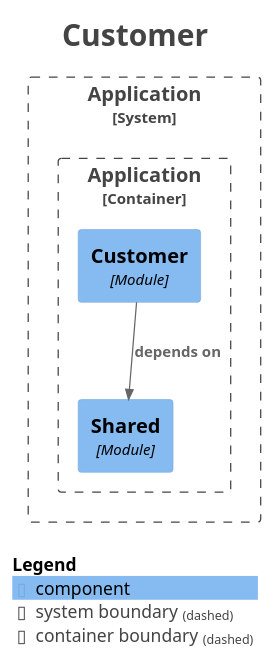
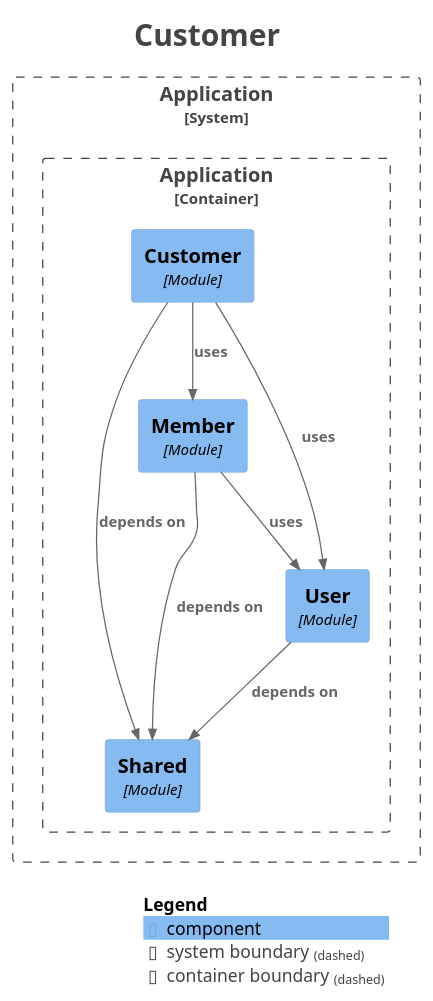
One commit to kanghouchao/Kizuna changed the diagram in backend/docs/modulith/module-customer.puml. Above: the diagram before and after it, drawn with PlantUML. The commit also changed 37 other files, not shown here.

```diff
--- a/backend/docs/modulith/module-customer.puml
+++ b/backend/docs/modulith/module-customer.puml
@@ -1,30 +1,37 @@
 @startuml
 title <size:24>Customer</size>
 
 set separator none
 top to bottom direction
 
 <style>
   root {
     BackgroundColor: #ffffff
     FontColor: #444444
   }
 </style>
 
 !include <C4/C4>
 !include <C4/C4_Context>
 !include <C4/C4_Component>
 
 System_Boundary("Application_boundary", "Application", $tags="") {
   Container_Boundary("Application.Application_boundary", "Application", $tags="") {
+    Component(Application.Application.Customer, "Customer", $techn="Module", $descr="", $tags="", $link="")
     Component(Application.Application.Shared, "Shared", $techn="Module", $descr="", $tags="", $link="")
-    Component(Application.Application.Customer, "Customer", $techn="Module", $descr="", $tags="", $link="")
+    Component(Application.Application.User, "User", $techn="Module", $descr="", $tags="", $link="")
+    Component(Application.Application.Member, "Member", $techn="Module", $descr="", $tags="", $link="")
   }
 
 }
 
+Rel(Application.Application.Member, Application.Application.Shared, "depends on", $techn="", $tags="", $link="")
+Rel(Application.Application.Member, Application.Application.User, "uses", $techn="", $tags="", $link="")
 Rel(Application.Application.Customer, Application.Application.Shared, "depends on", $techn="", $tags="", $link="")
+Rel(Application.Application.Customer, Application.Application.Member, "uses", $techn="", $tags="", $link="")
+Rel(Application.Application.Customer, Application.Application.User, "uses", $techn="", $tags="", $link="")
+Rel(Application.Application.User, Application.Application.Shared, "depends on", $techn="", $tags="", $link="")
 
 SHOW_LEGEND(true)
 hide stereotypes
 @enduml
```
